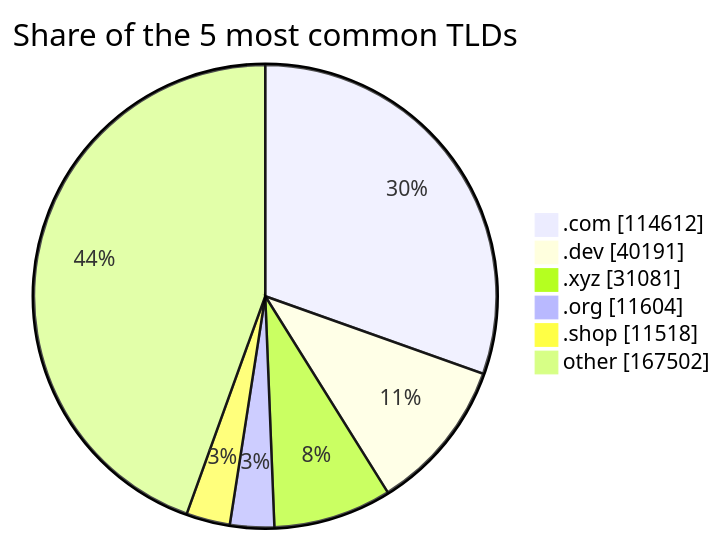
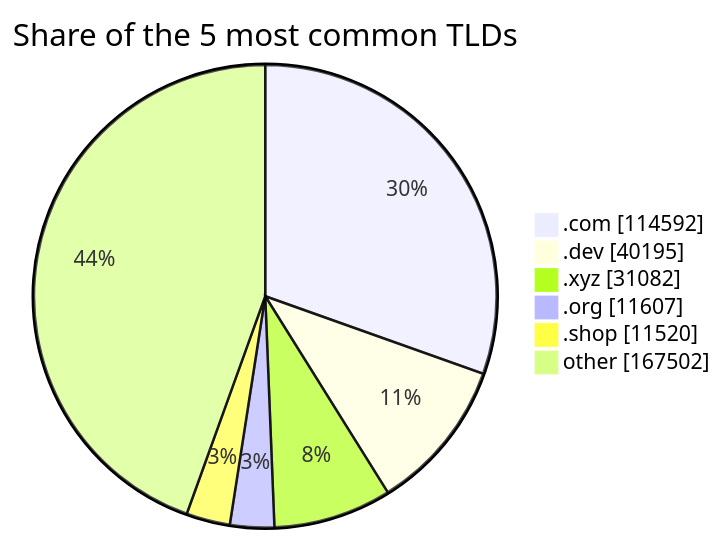
Before and after one commit to DNSBunker/CTI: the third of 3 diagrams in README.md, drawn with Mermaid. The commit also changed other lines of this file and 3 other files, not shown here.

````diff
--- a/README.md
+++ b/README.md
@@ -81,9 +81,9 @@
 ```mermaid
 pie showData title Share of the 5 most common TLDs
-    ".com" : 114612
-    ".dev" : 40191
-    ".xyz" : 31081
-    ".org" : 11604
-    ".shop" : 11518
+    ".com" : 114592
+    ".dev" : 40195
+    ".xyz" : 31082
+    ".org" : 11607
+    ".shop" : 11520
     "other" : 167502
 ```
````
